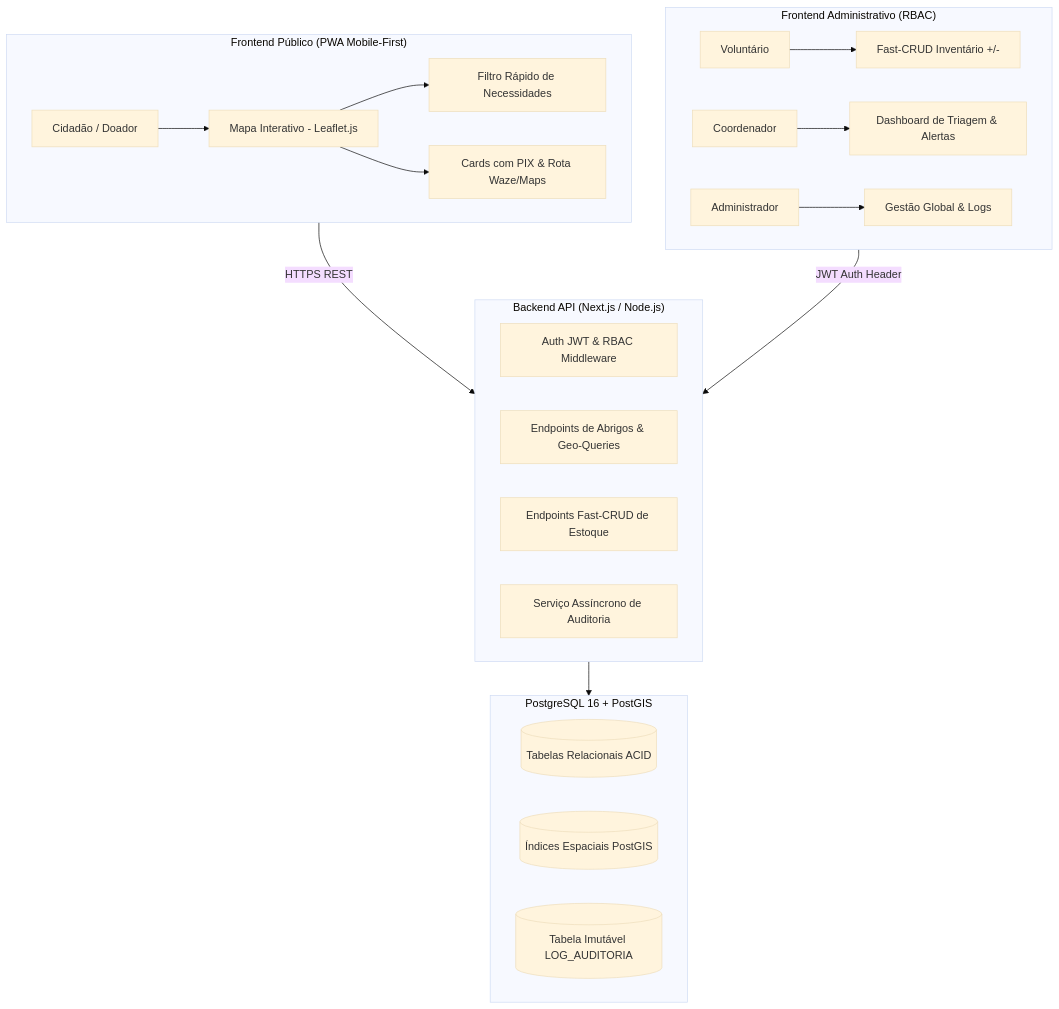
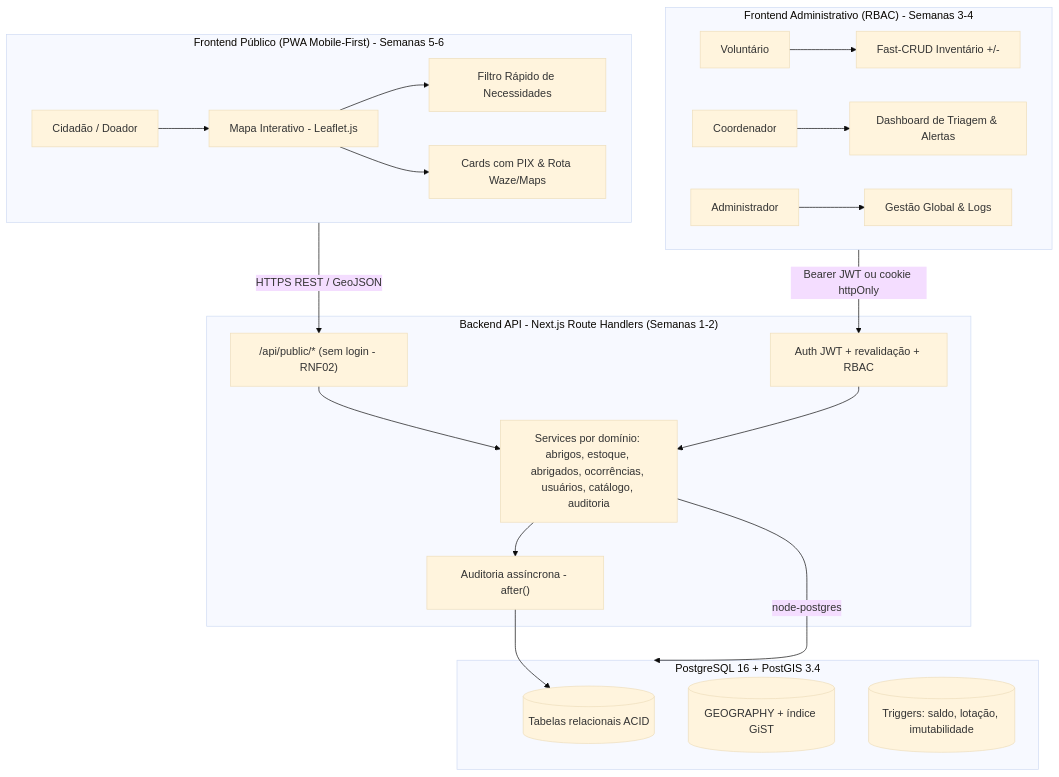
One commit to joaovtfor/ADS_JoaoVitor_WhereToGo changed the diagram in .specs/context/03-architecture.md. Above: the diagram before and after it, drawn with Mermaid (base theme). The commit also changed other lines of this file and 112 other files, not shown here.

````diff
--- a/.specs/context/03-architecture.md
+++ b/.specs/context/03-architecture.md
@@ -8,31 +8,35 @@
 ```mermaid
 flowchart TD
-    subgraph PublicFrontend ["Frontend Público (PWA Mobile-First)"]
+    subgraph PublicFrontend ["Frontend Público (PWA Mobile-First) - Semanas 5-6"]
         A1[Cidadão / Doador] --> A2[Mapa Interativo - Leaflet.js]
         A2 --> A3[Filtro Rápido de Necessidades]
         A2 --> A4[Cards com PIX & Rota Waze/Maps]
     end
 
-    subgraph AdminFrontend ["Frontend Administrativo (RBAC)"]
+    subgraph AdminFrontend ["Frontend Administrativo (RBAC) - Semanas 3-4"]
         B1[Voluntário] --> B2[Fast-CRUD Inventário +/-]
         B3[Coordenador] --> B4[Dashboard de Triagem & Alertas]
         B5[Administrador] --> B6[Gestão Global & Logs]
     end
 
-    subgraph BackendAPI ["Backend API (Next.js / Node.js)"]
-        C1[Auth JWT & RBAC Middleware]
-        C2[Endpoints de Abrigos & Geo-Queries]
-        C3[Endpoints Fast-CRUD de Estoque]
-        C4[Serviço Assíncrono de Auditoria]
+    subgraph BackendAPI ["Backend API - Next.js Route Handlers (Semanas 1-2)"]
+        C0["/api/public/* (sem login - RNF02)"]
+        C1[Auth JWT + revalidação + RBAC]
+        C2[Services por domínio: abrigos, estoque, abrigados, ocorrências, usuários, catálogo, auditoria]
+        C4["Auditoria assíncrona - after()"]
     end
 
-    subgraph Database ["PostgreSQL 16 + PostGIS"]
-        D1[(Tabelas Relacionais ACID)]
-        D2[(Índices Espaciais PostGIS)]
-        D3[(Tabela Imutável LOG_AUDITORIA)]
+    subgraph Database ["PostgreSQL 16 + PostGIS 3.4"]
+        D1[(Tabelas relacionais ACID)]
+        D2[(GEOGRAPHY + índice GiST)]
+        D3[(Triggers: saldo, lotação, imutabilidade)]
     end
 
-    PublicFrontend -->|HTTPS REST| BackendAPI
-    AdminFrontend -->|JWT Auth Header| BackendAPI
-    BackendAPI --> Database
+    PublicFrontend -->|HTTPS REST / GeoJSON| C0
+    AdminFrontend -->|"Bearer JWT ou cookie httpOnly"| C1
+    C0 --> C2
+    C1 --> C2
+    C2 --> C4
+    C2 -->|node-postgres| Database
+    C4 --> D1
 ```
````
